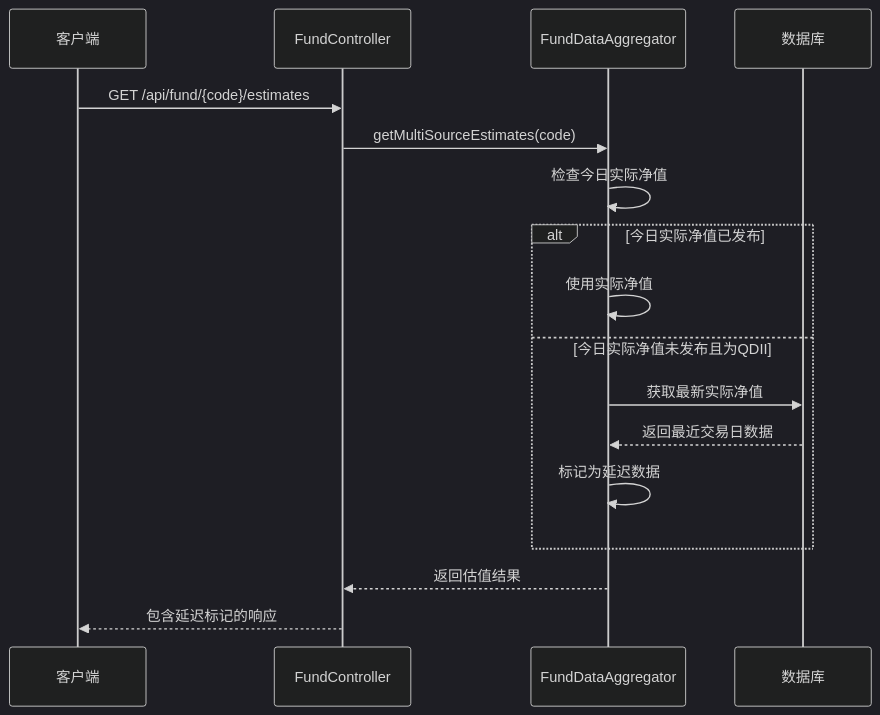
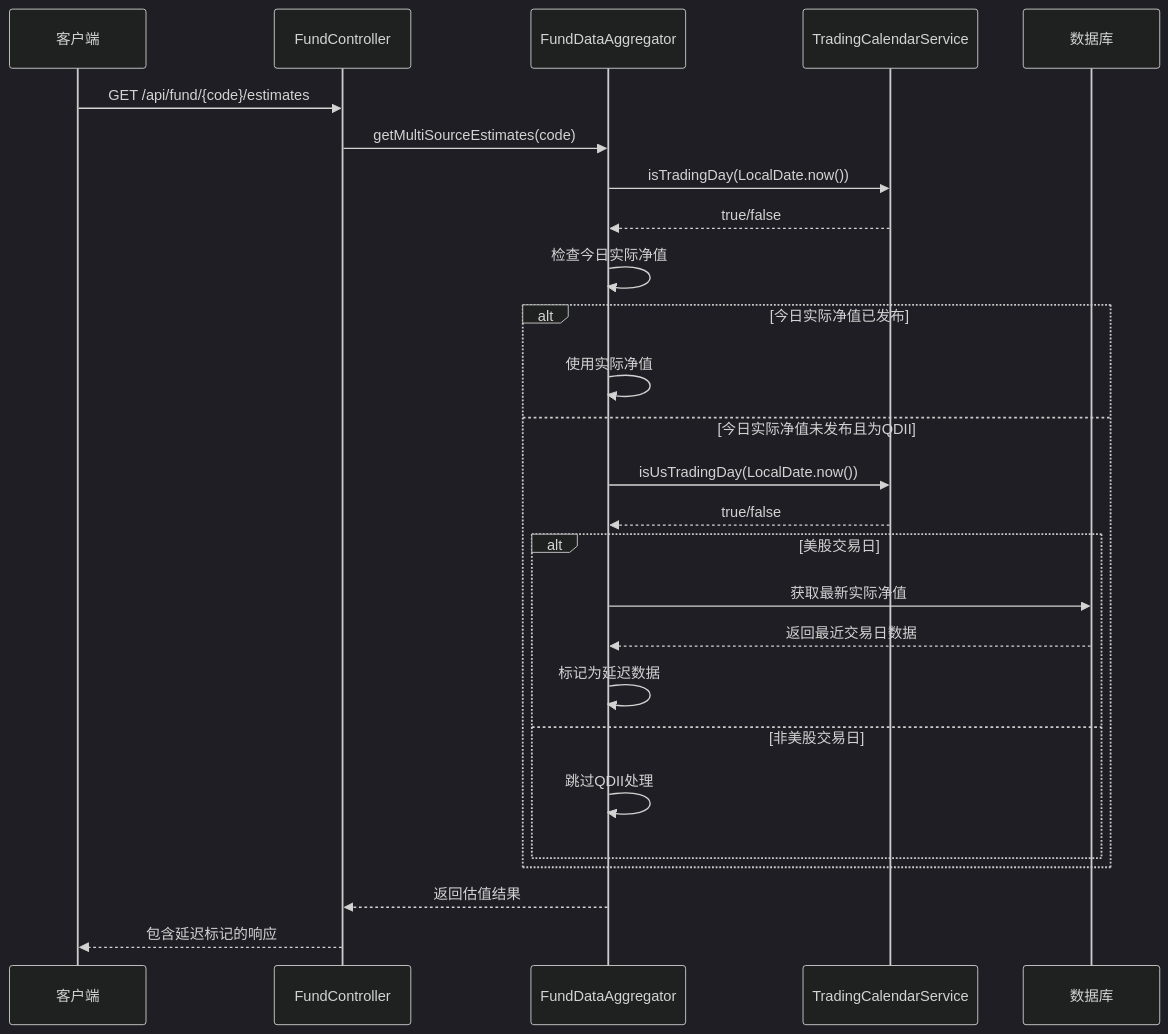
Before and after one commit to gree-coder/fund-butler: diagram 16 of 23 in .qoder/repowiki/zh/content/核心功能开发/多源基金估值系统.md, drawn with Mermaid (dark theme). The commit also changed other lines of this file and 5 other files, not shown here.

````diff
--- a/.qoder/repowiki/zh/content/核心功能开发/多源基金估值系统.md
+++ b/.qoder/repowiki/zh/content/核心功能开发/多源基金估值系统.md
@@ -710,19 +773,28 @@
 ```mermaid
 sequenceDiagram
 participant Client as 客户端
 participant Controller as FundController
 participant Aggregator as FundDataAggregator
+participant Calendar as TradingCalendarService
 participant DB as 数据库
 Client->>Controller : GET /api/fund/{code}/estimates
 Controller->>Aggregator : getMultiSourceEstimates(code)
+Aggregator->>Calendar : isTradingDay(LocalDate.now())
+Calendar-->>Aggregator : true/false
 Aggregator->>Aggregator : 检查今日实际净值
 alt 今日实际净值已发布
 Aggregator->>Aggregator : 使用实际净值
 else 今日实际净值未发布且为QDII
+Aggregator->>Calendar : isUsTradingDay(LocalDate.now())
+Calendar-->>Aggregator : true/false
+alt 美股交易日
 Aggregator->>DB : 获取最新实际净值
 DB-->>Aggregator : 返回最近交易日数据
 Aggregator->>Aggregator : 标记为延迟数据
+else 非美股交易日
+Aggregator->>Aggregator : 跳过QDII处理
+end
 end
 Aggregator-->>Controller : 返回估值结果
 Controller-->>Client : 包含延迟标记的响应
 ```
````
